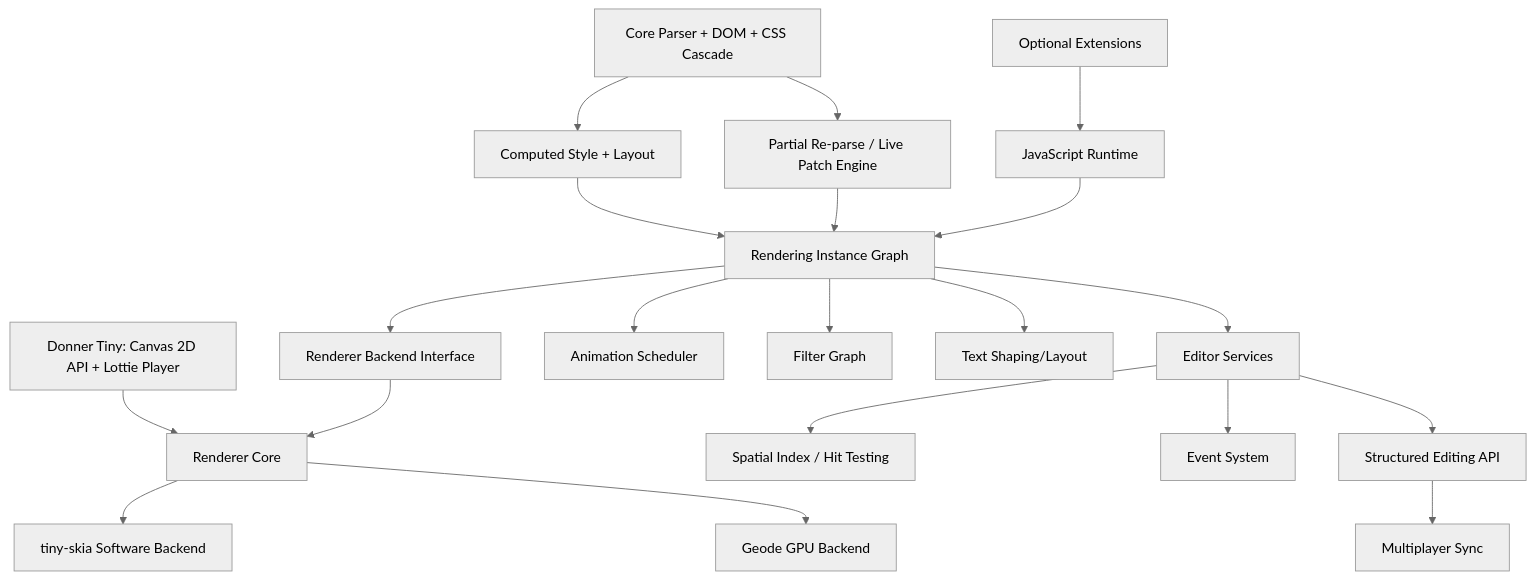
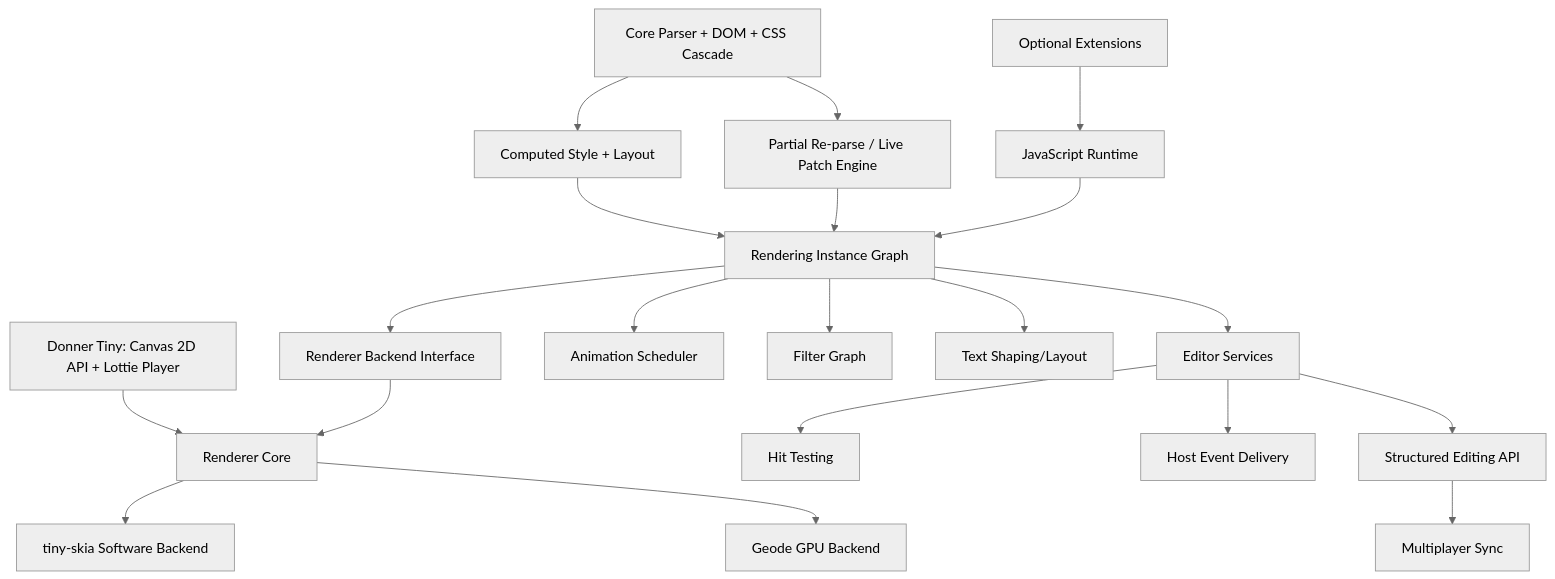
The diagram in docs/ProjectRoadmap.md (jwmcglynn/donner), drawn with Mermaid (neutral theme) before and after one commit. The commit also changed other lines of this file and 2 other files, not shown here.

First line of the commit message:
Refresh the roadmap for the v0.8 release

````diff
--- a/docs/ProjectRoadmap.md
+++ b/docs/ProjectRoadmap.md
@@ -483,26 +535,26 @@
 ```mermaid
 flowchart TD
   A[Core Parser + DOM + CSS Cascade] --> B[Computed Style + Layout]
   B --> C[Rendering Instance Graph]
   C --> D[Renderer Backend Interface]
   RC --> E1[tiny-skia Software Backend]
   RC --> E2[Geode GPU Backend]
   T[Donner Tiny: Canvas 2D API + Lottie Player] --> RC[Renderer Core]
   D --> RC
 
   A --> F[Partial Re-parse / Live Patch Engine]
   F --> C
 
   C --> G[Animation Scheduler]
   C --> H[Filter Graph]
   C --> I[Text Shaping/Layout]
 
   C --> J[Editor Services]
-  J --> J1[Spatial Index / Hit Testing]
-  J --> J2[Event System]
+  J --> J1[Hit Testing]
+  J --> J2[Host Event Delivery]
   J --> J3[Structured Editing API]
   J3 --> J4[Multiplayer Sync]
 
   K[Optional Extensions] --> K1[JavaScript Runtime]
   K1 --> C
 ```
````
